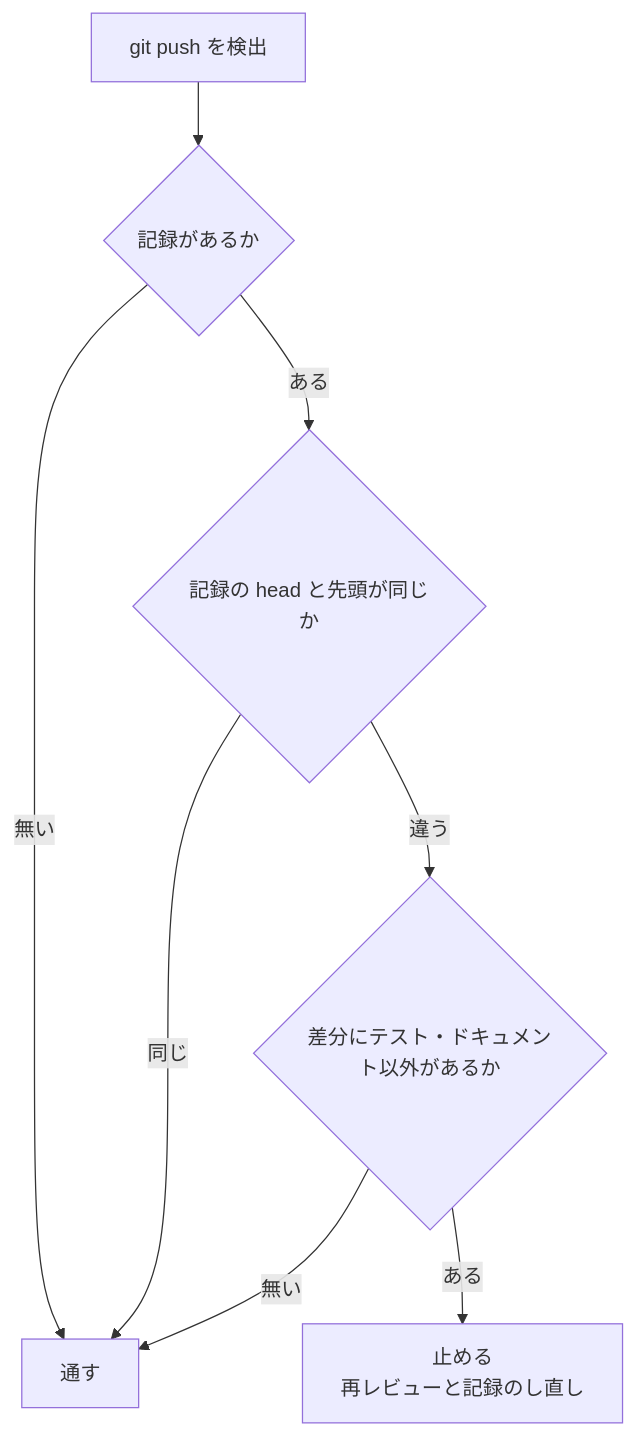
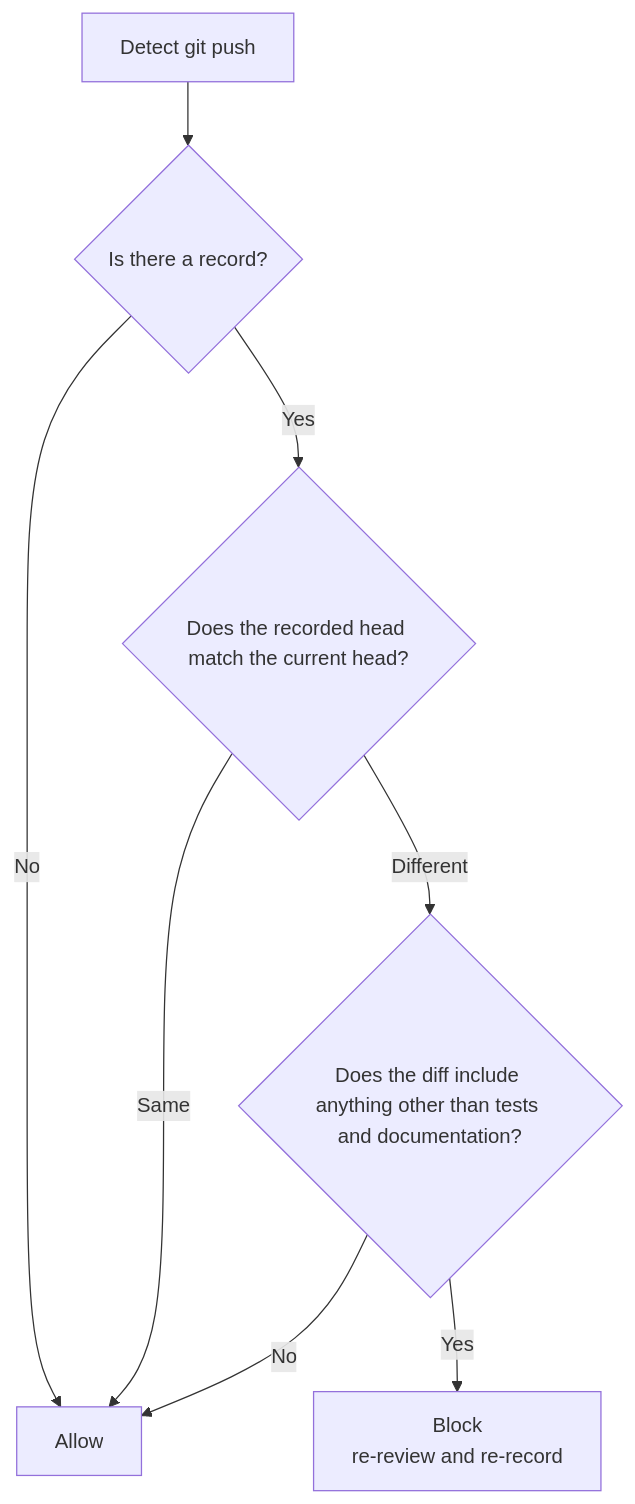
Before and after one commit to iamyosei/bigdaddy: the third of 5 diagrams in docs/internals.md, drawn with Mermaid. The commit also changed other lines of this file and 8 other files, not shown here.

````diff
--- a/docs/internals.md
+++ b/docs/internals.md
@@ -109,10 +109,10 @@
 ```mermaid
 flowchart TD
-    A["git push を検出"] --> B{"記録があるか"}
-    B -->|"無い"| OK["通す"]
-    B -->|"ある"| C{"記録の head と先頭が同じか"}
-    C -->|"同じ"| OK
-    C -->|"違う"| D{"差分にテスト・ドキュメント以外があるか"}
-    D -->|"無い"| OK
-    D -->|"ある"| NG["止める<br/>再レビューと記録のし直し"]
+    A["Detect git push"] --> B{"Is there a record?"}
+    B -->|"No"| OK["Allow"]
+    B -->|"Yes"| C{"Does the recorded head match the current head?"}
+    C -->|"Same"| OK
+    C -->|"Different"| D{"Does the diff include anything other than tests and documentation?"}
+    D -->|"No"| OK
+    D -->|"Yes"| NG["Block<br/>re-review and re-record"]
 ```
````
